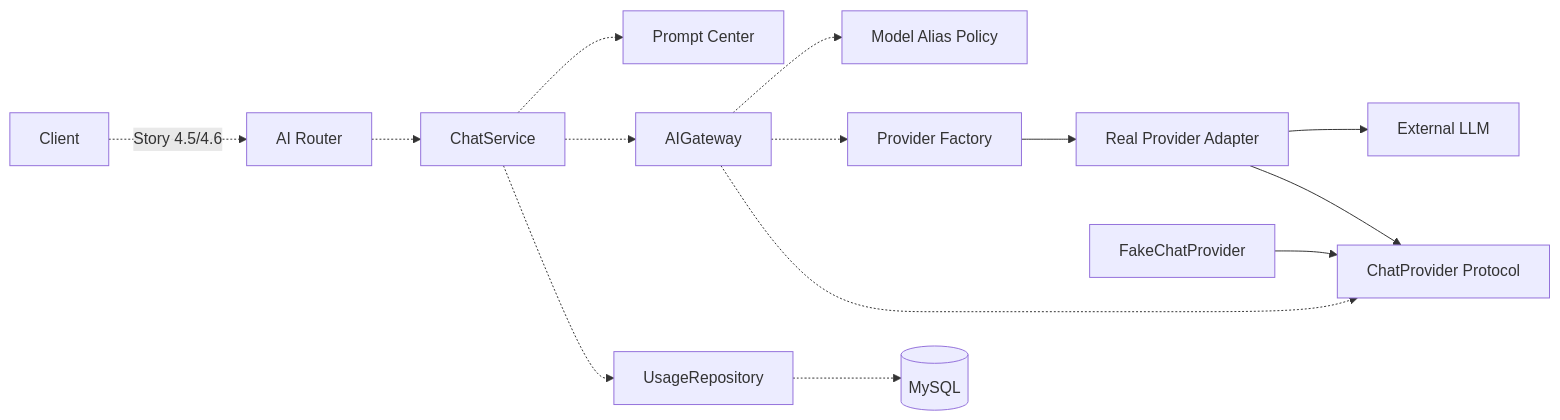
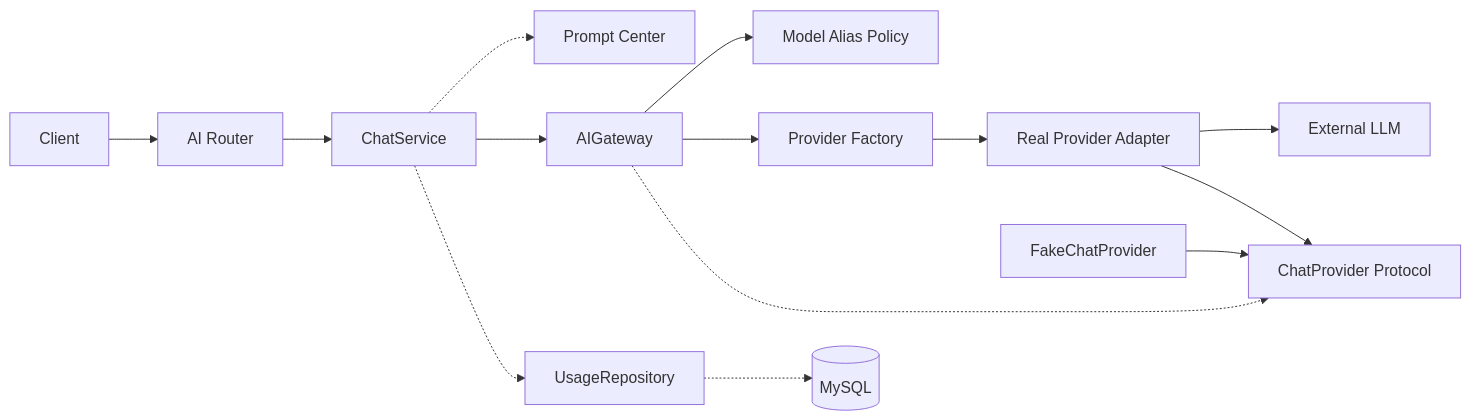
One commit to zhangguideServiceAPI/AI-Knowledge-Hub changed the second of 3 diagrams in docs/architecture/ai-gateway-architecture.md. Above: the diagram before and after it, drawn with Mermaid. The commit also changed other lines of this file and 24 other files, not shown here.

Commit message:
feat: 完成 Story 4.5 非流式 AI Chat API

````diff
--- a/docs/architecture/ai-gateway-architecture.md
+++ b/docs/architecture/ai-gateway-architecture.md
@@ -43,19 +44,19 @@
 ```mermaid
 flowchart LR
-    C["Client"] -. "Story 4.5/4.6" .-> R["AI Router"]
-    R -.-> S["ChatService"]
+    C["Client"] --> R["AI Router"]
+    R --> S["ChatService"]
     S -.-> P["Prompt Center"]
-    S -.-> G["AIGateway"]
-    G -.-> M["Model Alias Policy"]
-    G -.-> F["Provider Factory"]
+    S --> G["AIGateway"]
+    G --> M["Model Alias Policy"]
+    G --> F["Provider Factory"]
 
     F --> A["Real Provider Adapter"]
     A --> L["External LLM"]
 
     G -.-> CP["ChatProvider Protocol"]
     FP["FakeChatProvider"] --> CP
     A --> CP
 
     S -.-> U["UsageRepository"]
     U -.-> D[("MySQL")]
 ```
````
